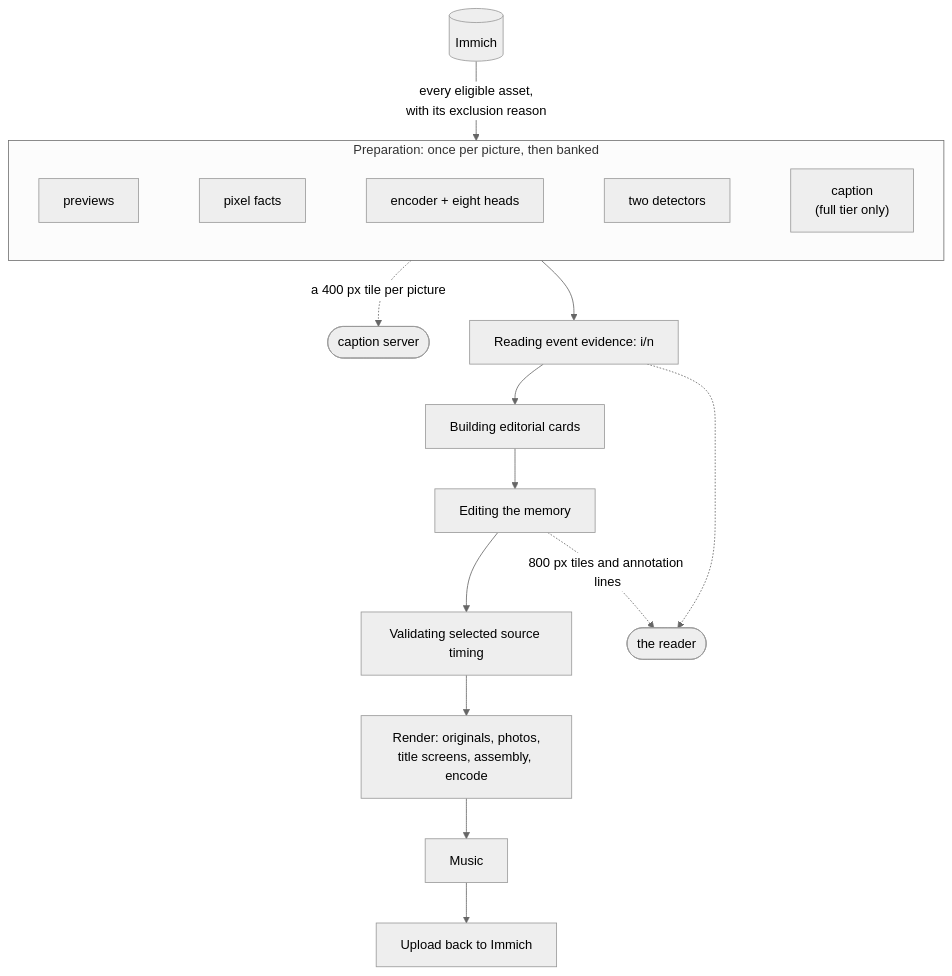
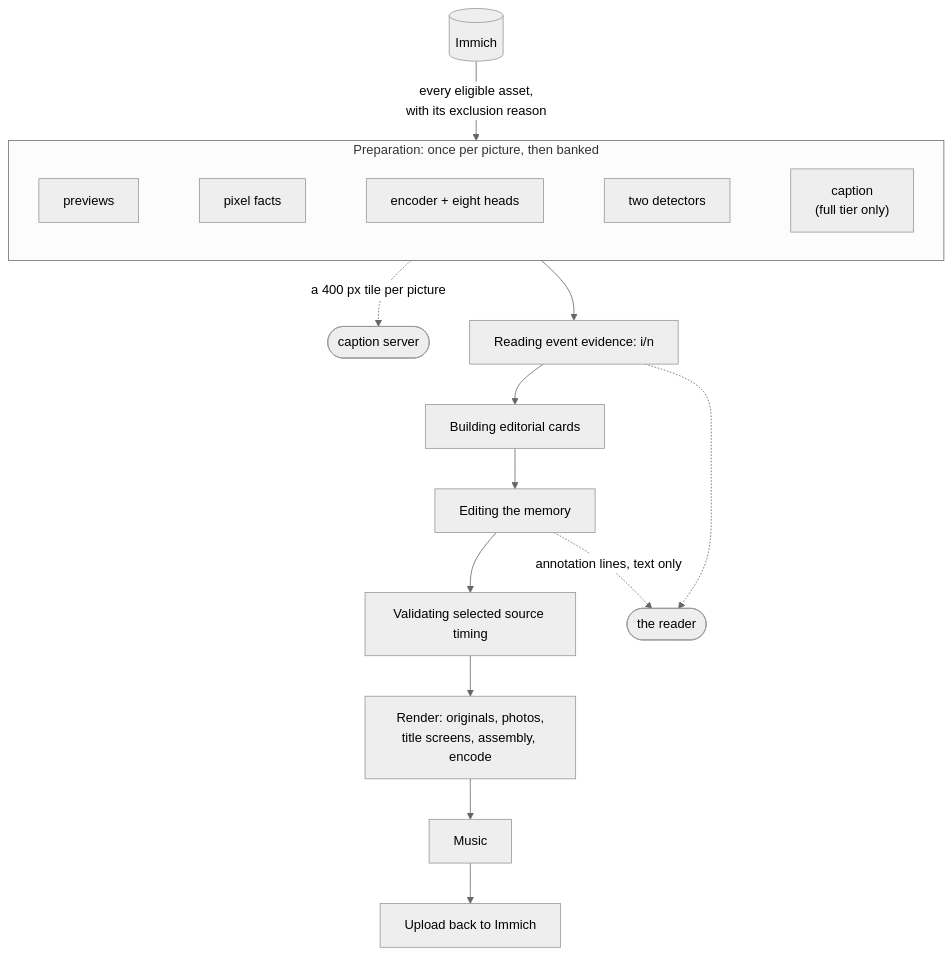
Before and after one commit to sam-dumont/immich-video-memory-generator: the first of 2 diagrams in docs-site/docs/being-rewritten/pipeline.md, drawn with Mermaid (neutral theme). The commit also changed other lines of this file and 71 other files, not shown here.

````diff
--- a/docs-site/docs/being-rewritten/pipeline.md
+++ b/docs-site/docs/being-rewritten/pipeline.md
@@ -24,22 +24,22 @@
 ```mermaid
 flowchart TD
     immich[("Immich")] -->|"every eligible asset,<br/>with its exclusion reason"| prep
 
     subgraph prep["Preparation: once per picture, then banked"]
         direction LR
         previews["previews"] ~~~ pixels["pixel facts"] ~~~ heads["encoder + eight heads"]
         heads ~~~ detectors["two detectors"] ~~~ caption["caption<br/>(full tier only)"]
     end
 
     prep --> episodes["Reading event evidence: i/n"]
     episodes --> cards["Building editorial cards"]
     cards --> edit["Editing the memory"]
     edit --> timing["Validating selected source timing"]
     timing --> render["Render: originals, photos,<br/>title screens, assembly, encode"]
     render --> music["Music"]
     music --> deliver["Upload back to Immich"]
 
     caption -.->|"a 400 px tile per picture"| captioner(["caption server"])
     episodes -.-> reader(["the reader"])
-    edit -.->|"800 px tiles and annotation lines"| reader
+    edit -.->|"annotation lines, text only"| reader
 ```
````
